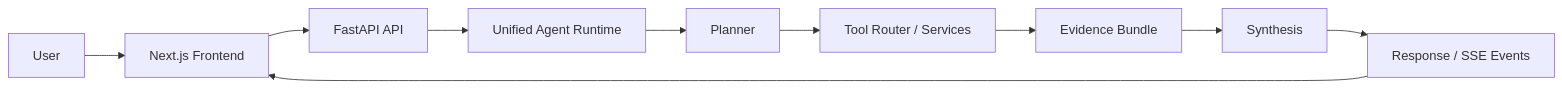
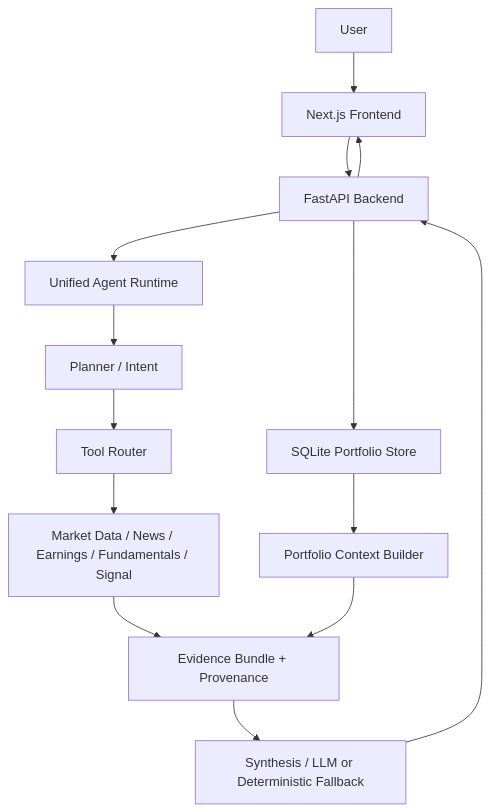
One commit to yuni-wyx/StockIntelligenceCopilot changed the first of 2 diagrams in README.md. Above: the diagram before and after it, drawn with Mermaid. The commit also changed other lines of this file, not shown here.

````diff
--- a/README.md
+++ b/README.md
@@ -101,12 +101,17 @@
 ```mermaid
-flowchart LR
-    U["User"] --> F["Next.js Frontend"]
-    F --> A["FastAPI API"]
-    A --> R["Unified Agent Runtime"]
-    R --> P["Planner"]
-    P --> T["Tool Router / Services"]
-    T --> E["Evidence Bundle"]
-    E --> S["Synthesis"]
-    S --> O["Response / SSE Events"]
-    O --> F
+flowchart TD
+    User["User"] --> FE["Next.js Frontend"]
+    FE --> API["FastAPI Backend"]
+    API --> Runtime["Unified Agent Runtime"]
+    Runtime --> Planner["Planner / Intent"]
+    Planner --> Router["Tool Router"]
+    Router --> Tools["Market Data / News / Earnings / Fundamentals / Signal"]
+    Tools --> Evidence["Evidence Bundle + Provenance"]
+    Evidence --> Synth["Synthesis / LLM or Deterministic Fallback"]
+    Synth --> API
+    API --> FE
+
+    API --> Store["SQLite Portfolio Store"]
+    Store --> PortfolioChat["Portfolio Context Builder"]
+    PortfolioChat --> Evidence
 ```
````
